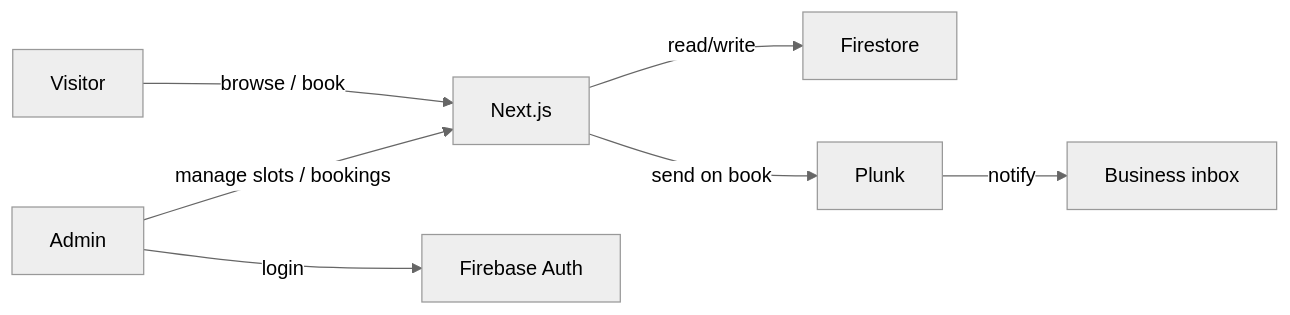
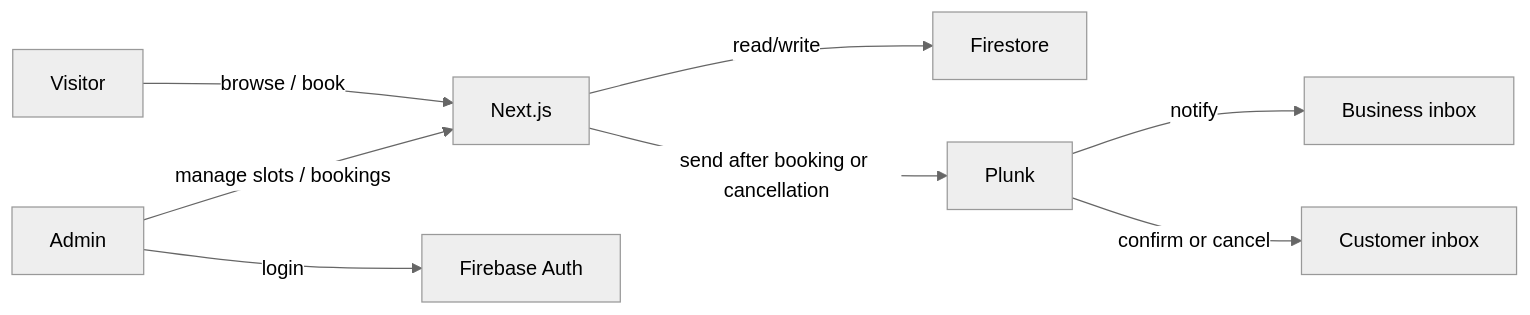
Before and after one commit to orkunozekin/south-eastern-electrical-services: the diagram in PLAN.md, drawn with Mermaid (neutral theme). The commit also changed other lines of this file and 45 other files, not shown here.

````diff
--- a/PLAN.md
+++ b/PLAN.md
@@ -37,9 +43,10 @@
 ```mermaid
 flowchart LR
   visitor[Visitor] -->|browse / book| next[Next.js]
   admin[Admin] -->|login| auth[Firebase Auth]
   admin -->|manage slots / bookings| next
   next -->|read/write| firestore[Firestore]
-  next -->|send on book| plunk[Plunk]
+  next -->|send after booking or cancellation| plunk[Plunk]
   plunk -->|notify| business[Business inbox]
+  plunk -->|confirm or cancel| customer[Customer inbox]
 ```
````
